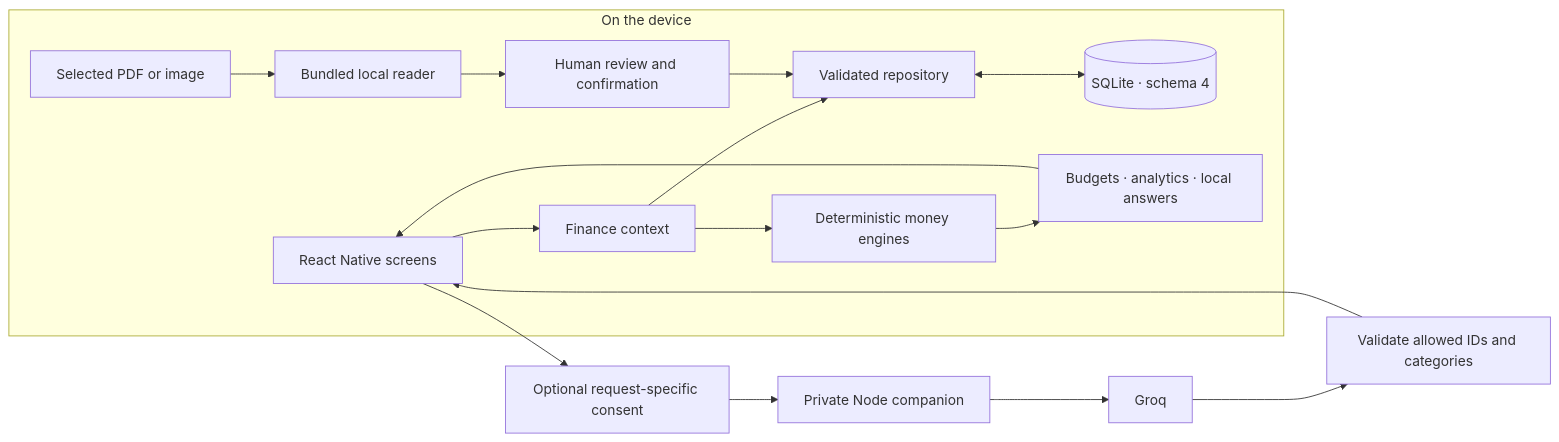
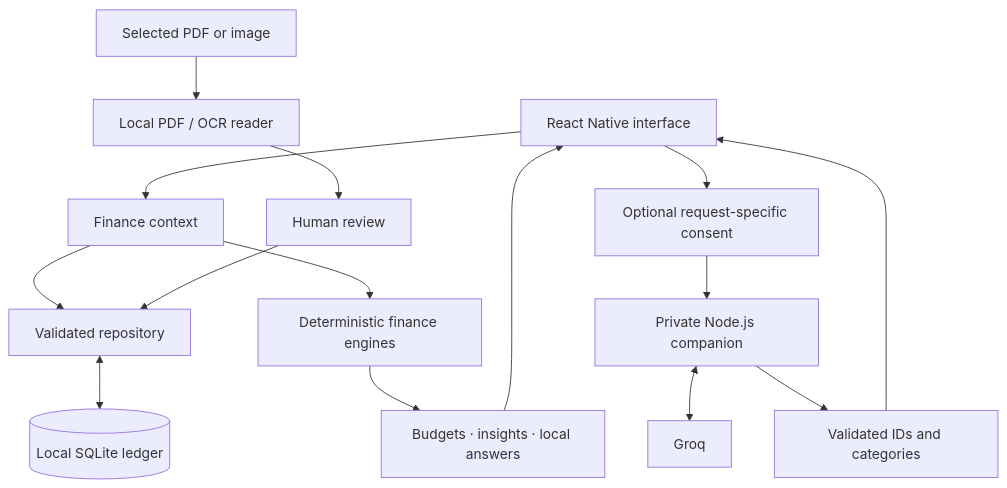
The first of 2 diagrams in README.md (sean8911/bakibuddy), drawn with Mermaid before and after one commit. The commit also changed other lines of this file and 47 other files, not shown here.

````diff
--- a/README.md
+++ b/README.md
@@ -116,19 +123,17 @@
 ```mermaid
-flowchart LR
-    subgraph Device["On the device"]
-        UI["React Native screens"] --> Context["Finance context"]
-        Context --> Repo["Validated repository"]
-        Repo <--> DB[("SQLite · schema 4")]
-        Context --> Math["Deterministic money engines"]
-        Math --> Views["Budgets · analytics · local answers"]
-        Views --> UI
-        Files["Selected PDF or image"] --> Reader["Bundled local reader"]
-        Reader --> Review["Human review and confirmation"]
-        Review --> Repo
-    end
+flowchart TD
+    UI["React Native interface"] --> State["Finance context"]
+    State --> Repository["Validated repository"]
+    Repository <--> DB[("Local SQLite ledger")]
+    State --> Engines["Deterministic finance engines"]
+    Engines --> Results["Budgets · insights · local answers"]
+    Results --> UI
+    Documents["Selected PDF or image"] --> Reader["Local PDF / OCR reader"]
+    Reader --> Review["Human review"]
+    Review --> Repository
     UI --> Consent["Optional request-specific consent"]
-    Consent --> Server["Private Node companion"]
-    Server --> Groq["Groq"]
-    Groq --> Validation["Validate allowed IDs and categories"]
-    Validation --> UI
+    Consent --> Companion["Private Node.js companion"]
+    Companion <--> Groq["Groq"]
+    Companion --> Validated["Validated IDs and categories"]
+    Validated --> UI
 ```
````
